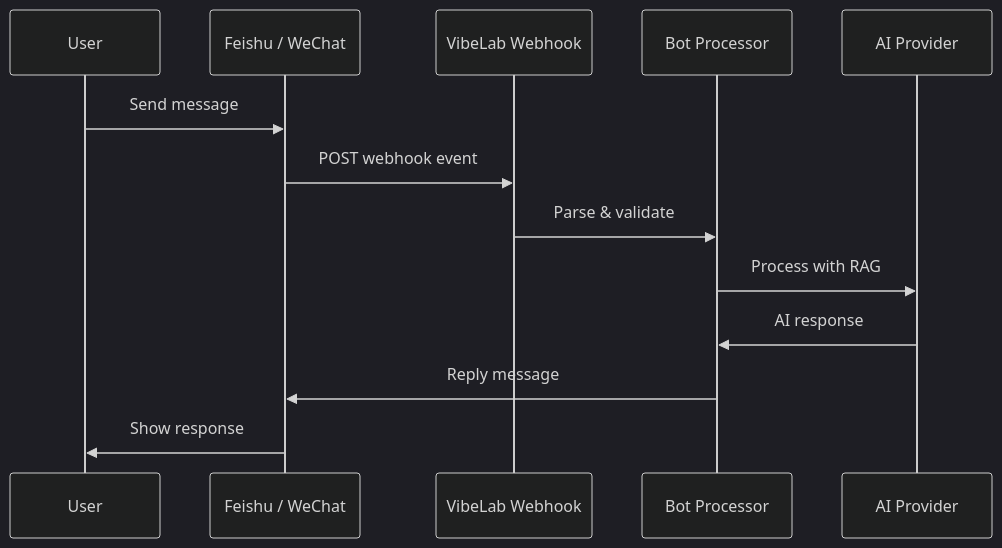
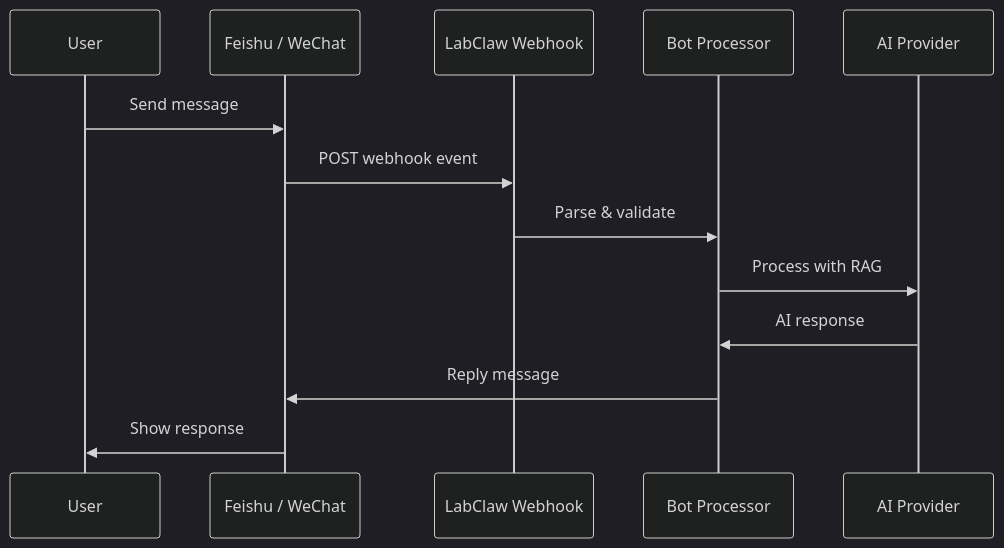
Before and after one commit to zjowowen/InnoClaw: the diagram in docs/notifications/index.md, drawn with Mermaid (dark theme). The commit also changed other lines of this file and 8 other files, not shown here.

````diff
--- a/docs/notifications/index.md
+++ b/docs/notifications/index.md
@@ -14,16 +14,16 @@
 ```{mermaid}
 sequenceDiagram
     participant User
     participant Platform as Feishu / WeChat
-    participant Webhook as VibeLab Webhook
+    participant Webhook as LabClaw Webhook
     participant Processor as Bot Processor
     participant AI as AI Provider
 
     User->>Platform: Send message
     Platform->>Webhook: POST webhook event
     Webhook->>Processor: Parse & validate
     Processor->>AI: Process with RAG
     AI->>Processor: AI response
     Processor->>Platform: Reply message
     Platform->>User: Show response
 ```
````
